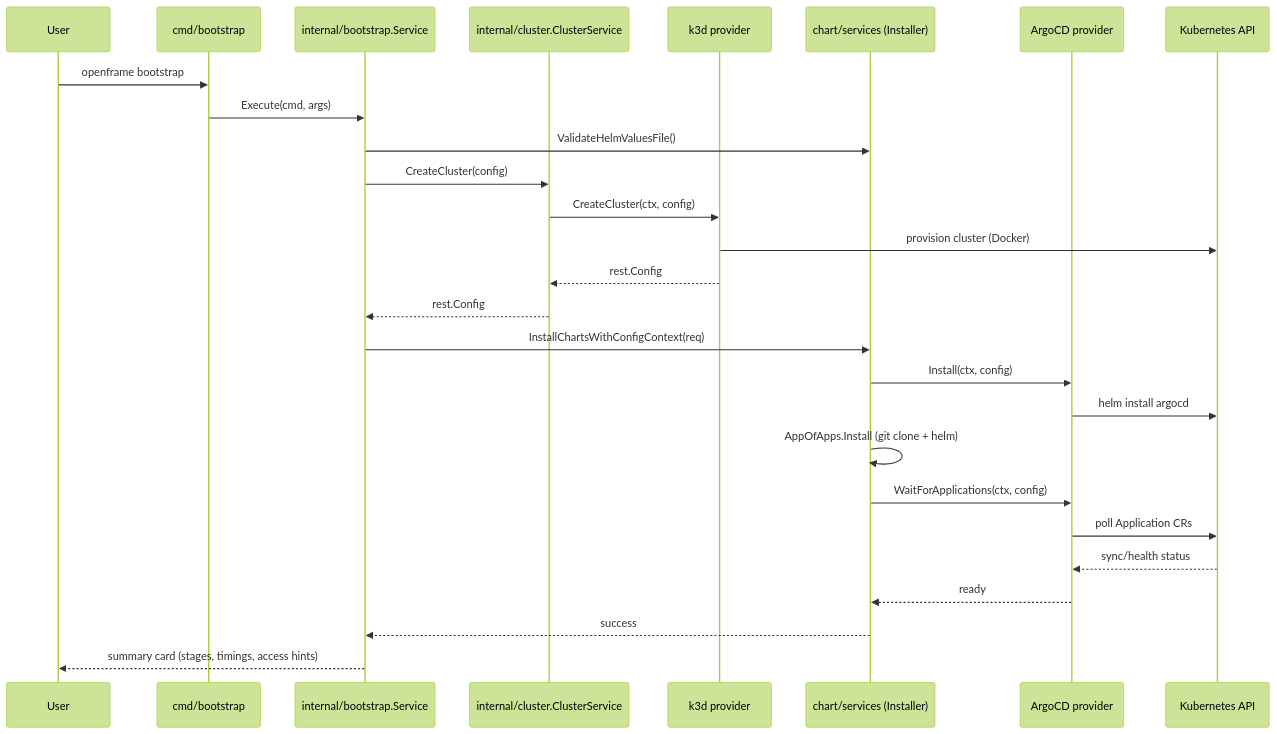
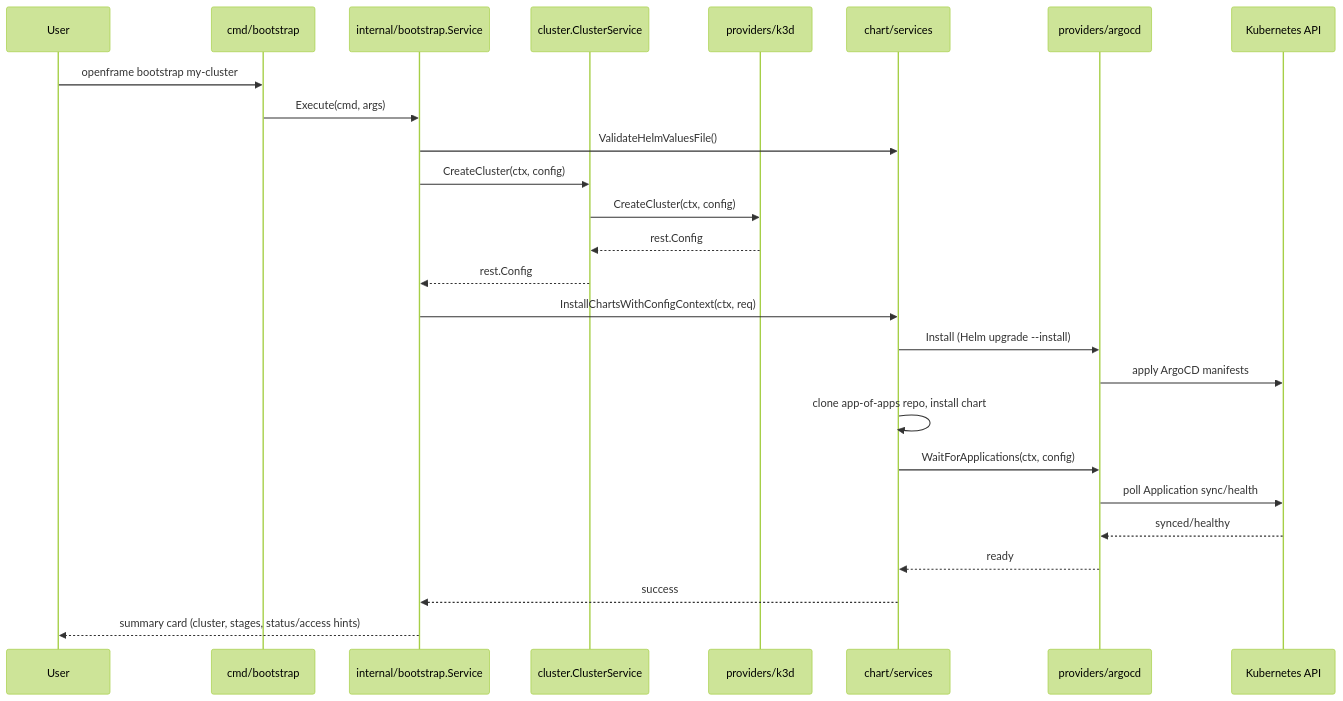
Before and after one commit to flamingo-stack/openframe-cli: the fourth of 5 diagrams in docs/development/architecture/README.md, drawn with Mermaid (forest theme). The commit also changed other lines of this file and 27 other files, not shown here.

````diff
--- a/docs/development/architecture/README.md
+++ b/docs/development/architecture/README.md
@@ -197,30 +145,29 @@
 ```mermaid
 sequenceDiagram
     participant User
-    participant CLI as cmd/bootstrap
-    participant Boot as internal/bootstrap.Service
-    participant Cluster as internal/cluster.ClusterService
-    participant K3d as k3d provider
-    participant Chart as chart/services (Installer)
-    participant ArgoCD as ArgoCD provider
-    participant K8s as Kubernetes API
+    participant CmdBootstrap as cmd/bootstrap
+    participant BootstrapSvc as internal/bootstrap.Service
+    participant ClusterSvc as cluster.ClusterService
+    participant K3dProvider as providers/k3d
+    participant ChartSvc as chart/services
+    participant ArgoCD as providers/argocd
+    participant K8sAPI as Kubernetes API
 
-    User->>CLI: openframe bootstrap
-    CLI->>Boot: Execute(cmd, args)
-    Boot->>Chart: ValidateHelmValuesFile()
-    Boot->>Cluster: CreateCluster(config)
-    Cluster->>K3d: CreateCluster(ctx, config)
-    K3d->>K8s: provision cluster (Docker)
-    K3d-->>Cluster: rest.Config
-    Cluster-->>Boot: rest.Config
-    Boot->>Chart: InstallChartsWithConfigContext(req)
-    Chart->>ArgoCD: Install(ctx, config)
-    ArgoCD->>K8s: helm install argocd
-    Chart->>Chart: AppOfApps.Install (git clone + helm)
-    Chart->>ArgoCD: WaitForApplications(ctx, config)
-    ArgoCD->>K8s: poll Application CRs
-    K8s-->>ArgoCD: sync/health status
-    ArgoCD-->>Chart: ready
-    Chart-->>Boot: success
-    Boot-->>User: summary card (stages, timings, access hints)
+    User->>CmdBootstrap: openframe bootstrap my-cluster
+    CmdBootstrap->>BootstrapSvc: Execute(cmd, args)
+    BootstrapSvc->>ChartSvc: ValidateHelmValuesFile()
+    BootstrapSvc->>ClusterSvc: CreateCluster(ctx, config)
+    ClusterSvc->>K3dProvider: CreateCluster(ctx, config)
+    K3dProvider-->>ClusterSvc: rest.Config
+    ClusterSvc-->>BootstrapSvc: rest.Config
+    BootstrapSvc->>ChartSvc: InstallChartsWithConfigContext(ctx, req)
+    ChartSvc->>ArgoCD: Install (Helm upgrade --install)
+    ArgoCD->>K8sAPI: apply ArgoCD manifests
+    ChartSvc->>ChartSvc: clone app-of-apps repo, install chart
+    ChartSvc->>ArgoCD: WaitForApplications(ctx, config)
+    ArgoCD->>K8sAPI: poll Application sync/health
+    K8sAPI-->>ArgoCD: synced/healthy
+    ArgoCD-->>ChartSvc: ready
+    ChartSvc-->>BootstrapSvc: success
+    BootstrapSvc-->>User: summary card (cluster, stages, status/access hints)
 ```
````
